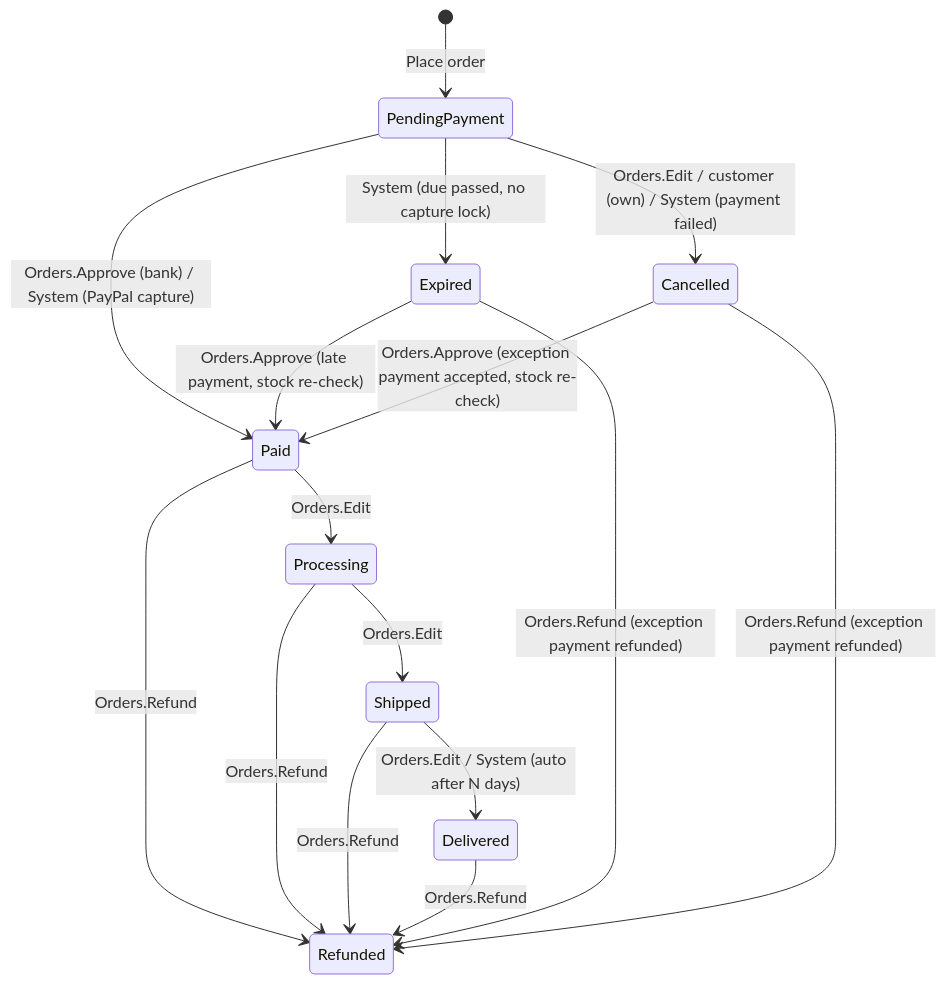
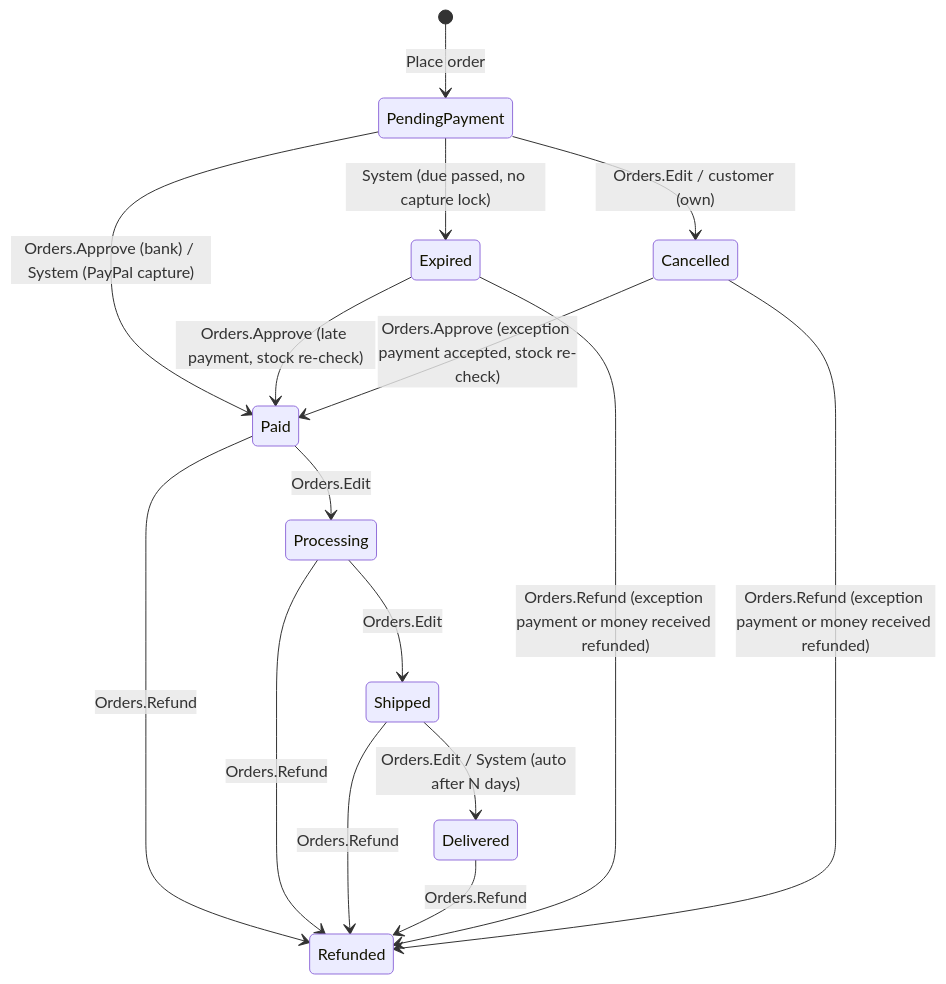
Before and after one commit to MASACHITH/spencer-denim-ecommerce: the ninth of 10 diagrams in docs/08-database-design.md, drawn with Mermaid. The commit also changed other lines of this file, not shown here.

First line of the commit message:
docs(db): apply review-driven schema clarifications

````diff
--- a/docs/08-database-design.md
+++ b/docs/08-database-design.md
@@ -1378,18 +1390,18 @@
 ```mermaid
 stateDiagram-v2
   [*] --> PendingPayment : Place order
   PendingPayment --> Paid : Orders.Approve (bank) / System (PayPal capture)
   PendingPayment --> Expired : System (due passed, no capture lock)
-  PendingPayment --> Cancelled : Orders.Edit / customer (own) / System (payment failed)
+  PendingPayment --> Cancelled : Orders.Edit / customer (own)
   Expired --> Paid : Orders.Approve (late payment, stock re-check)
   Cancelled --> Paid : Orders.Approve (exception payment accepted, stock re-check)
   Paid --> Processing : Orders.Edit
   Processing --> Shipped : Orders.Edit
   Shipped --> Delivered : Orders.Edit / System (auto after N days)
   Paid --> Refunded : Orders.Refund
   Processing --> Refunded : Orders.Refund
   Shipped --> Refunded : Orders.Refund
   Delivered --> Refunded : Orders.Refund
-  Expired --> Refunded : Orders.Refund (exception payment refunded)
-  Cancelled --> Refunded : Orders.Refund (exception payment refunded)
+  Expired --> Refunded : Orders.Refund (exception payment or money received refunded)
+  Cancelled --> Refunded : Orders.Refund (exception payment or money received refunded)
 ```
````
